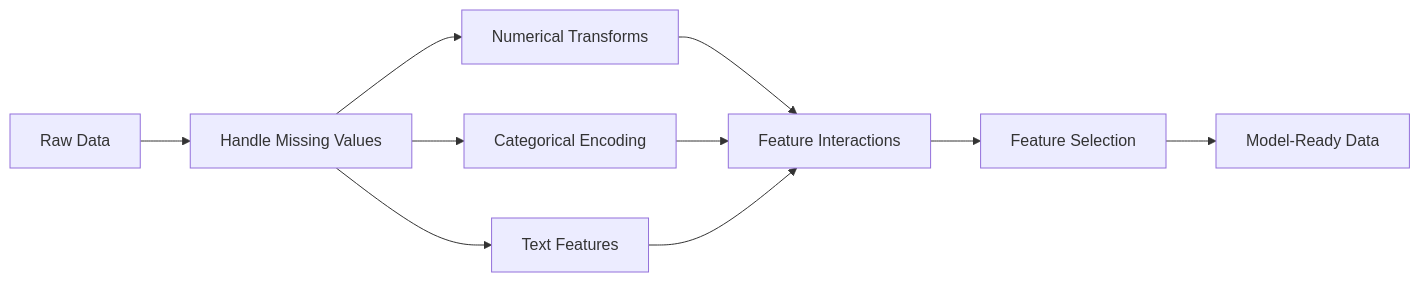
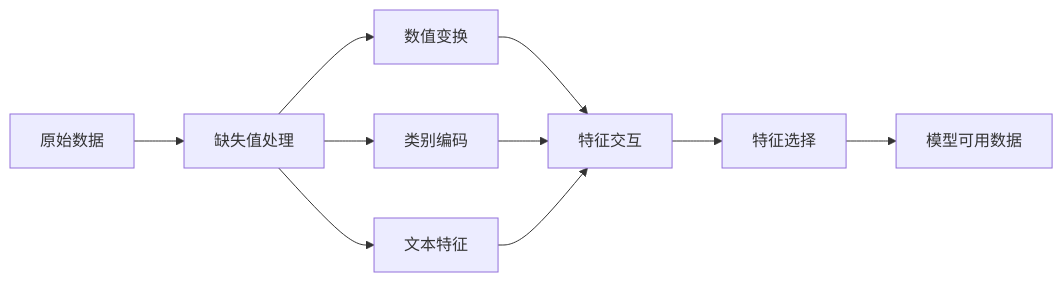
Before and after one commit to omigaZen/ai-engineering-from-scratch: the diagram in phases/02-ml-fundamentals/08-feature-engineering/docs/zh.md, drawn with Mermaid. The commit also changed other lines of this file, not shown here.

````diff
--- a/phases/02-ml-fundamentals/08-feature-engineering/docs/zh.md
+++ b/phases/02-ml-fundamentals/08-feature-engineering/docs/zh.md
@@ -51,12 +29,12 @@
 ```mermaid
 flowchart LR
-    A[Raw Data] --> B[Handle Missing Values]
-    B --> C[Numerical Transforms]
-    B --> D[Categorical Encoding]
-    B --> E[Text Features]
-    C --> F[Feature Interactions]
+    A[原始数据] --> B[缺失值处理]
+    B --> C[数值变换]
+    B --> D[类别编码]
+    B --> E[文本特征]
+    C --> F[特征交互]
     D --> F
     E --> F
-    F --> G[Feature Selection]
-    G --> H[Model-Ready Data]
+    F --> G[特征选择]
+    G --> H[模型可用数据]
 ```
````
